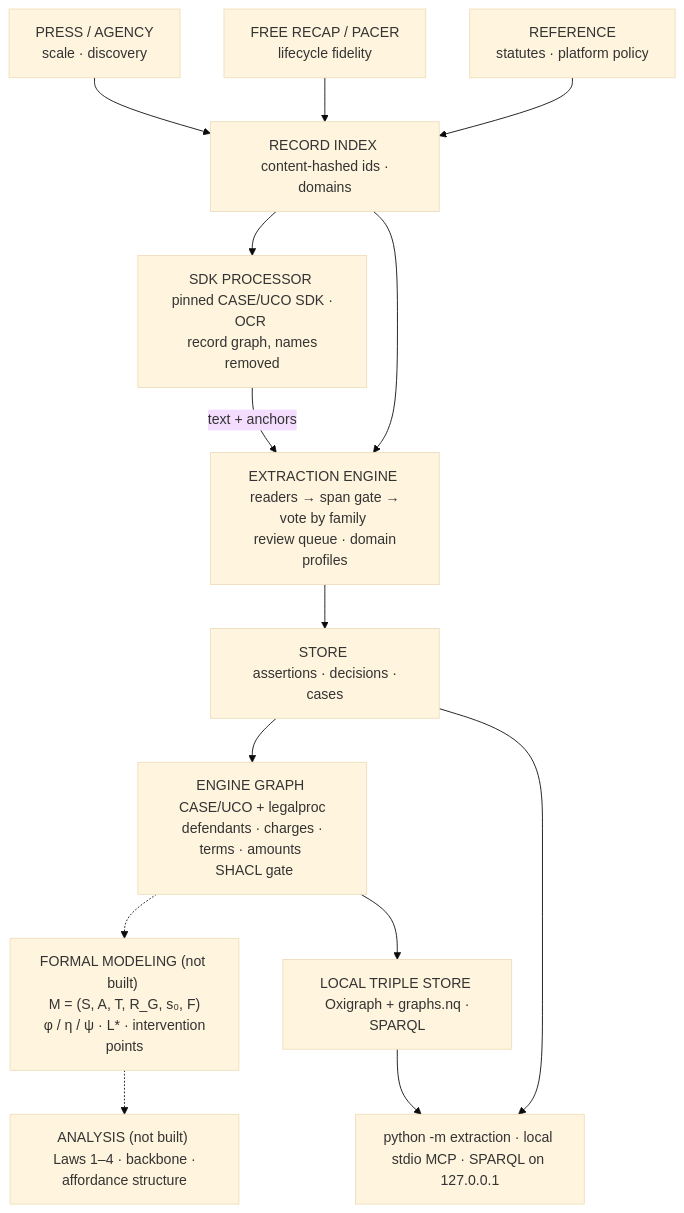
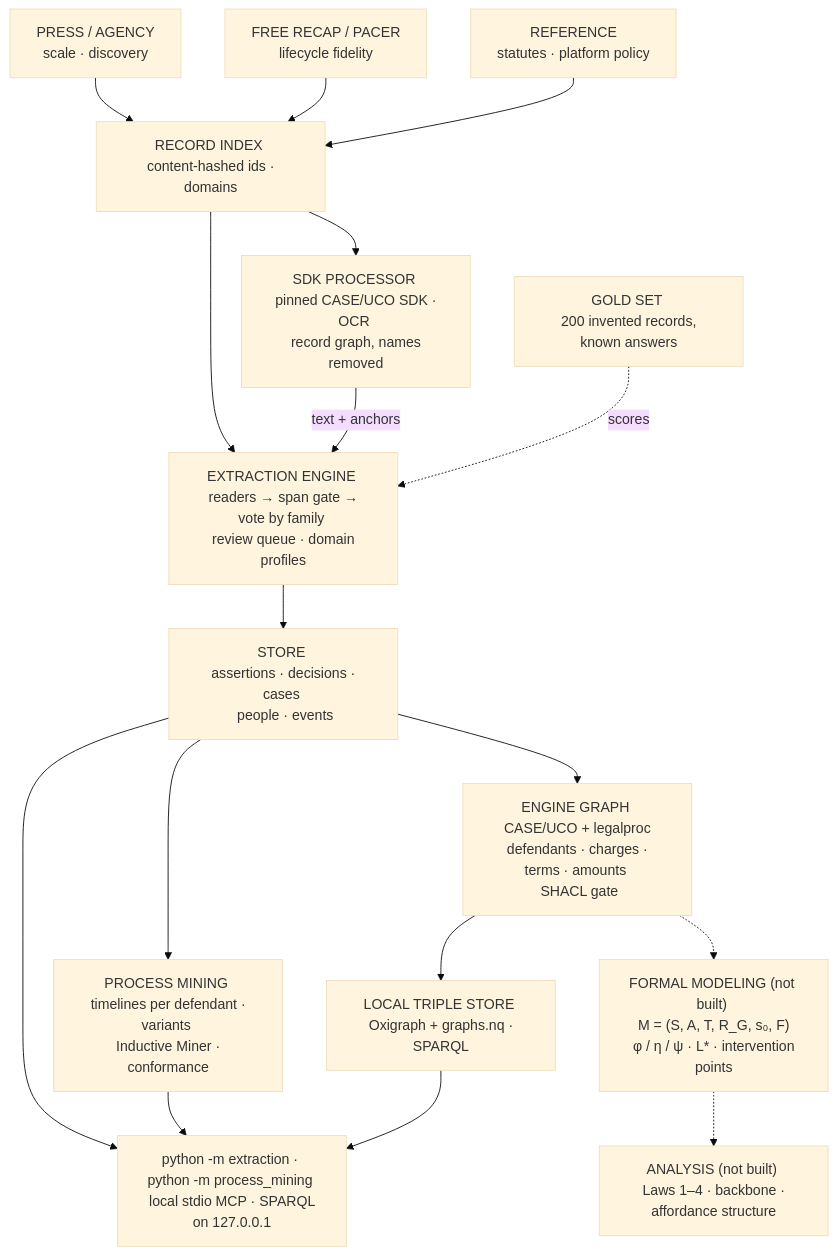
One commit to mrinaalr/CaseNoesis changed the diagram in README.md. Above: the diagram before and after it, drawn with Mermaid (base theme). The commit also changed other lines of this file and 1 other file, not shown here.

First line of the commit message:
architecture doc and README: people, events, process mining, the gold set, and corpus numbers for engine 1.1.0

````diff
--- a/README.md
+++ b/README.md
@@ -28,24 +30,27 @@
 ```mermaid
 flowchart TD
     P["PRESS / AGENCY <br/> scale · discovery"]
     C["FREE RECAP / PACER <br/> lifecycle fidelity"]
     F["REFERENCE <br/> statutes · platform policy"]
 
     P --> IDX["RECORD INDEX <br/> content-hashed ids · domains"]
     C --> IDX
     F --> IDX
 
     IDX --> SDK["SDK PROCESSOR <br/> pinned CASE/UCO SDK · OCR <br/> record graph, names removed"]
     IDX --> ENG
     SDK -->|"text + anchors"| ENG["EXTRACTION ENGINE <br/> readers → span gate → vote by family <br/> review queue · domain profiles"]
 
-    ENG --> STORE["STORE <br/> assertions · decisions · cases"]
+    ENG --> STORE["STORE <br/> assertions · decisions · cases <br/> people · events"]
+    STORE --> PM["PROCESS MINING <br/> timelines per defendant · variants <br/> Inductive Miner · conformance"]
+    GOLD["GOLD SET <br/> 200 invented records, known answers"] -.->|"scores"| ENG
     STORE --> KG["ENGINE GRAPH <br/> CASE/UCO + legalproc <br/> defendants · charges · terms · amounts <br/> SHACL gate"]
 
     KG -.-> ESM["FORMAL MODELING (not built) <br/> M = (S, A, T, R_G, s₀, F) <br/> φ / η / ψ · L* · intervention points"]
     ESM -.-> AN["ANALYSIS (not built) <br/> Laws 1–4 · backbone · affordance structure"]
 
     KG --> OX["LOCAL TRIPLE STORE <br/> Oxigraph + graphs.nq · SPARQL"]
-    STORE --> API["python -m extraction · local stdio MCP · SPARQL on 127.0.0.1"]
+    STORE --> API["python -m extraction · python -m process_mining <br/> local stdio MCP · SPARQL on 127.0.0.1"]
+    PM --> API
     OX --> API
 ```
````
